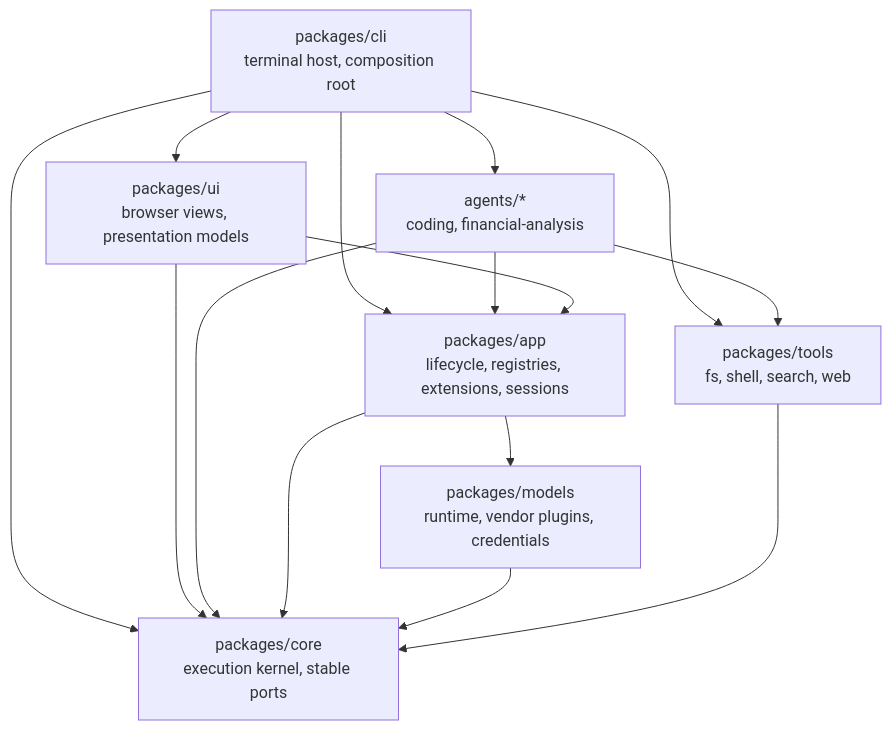
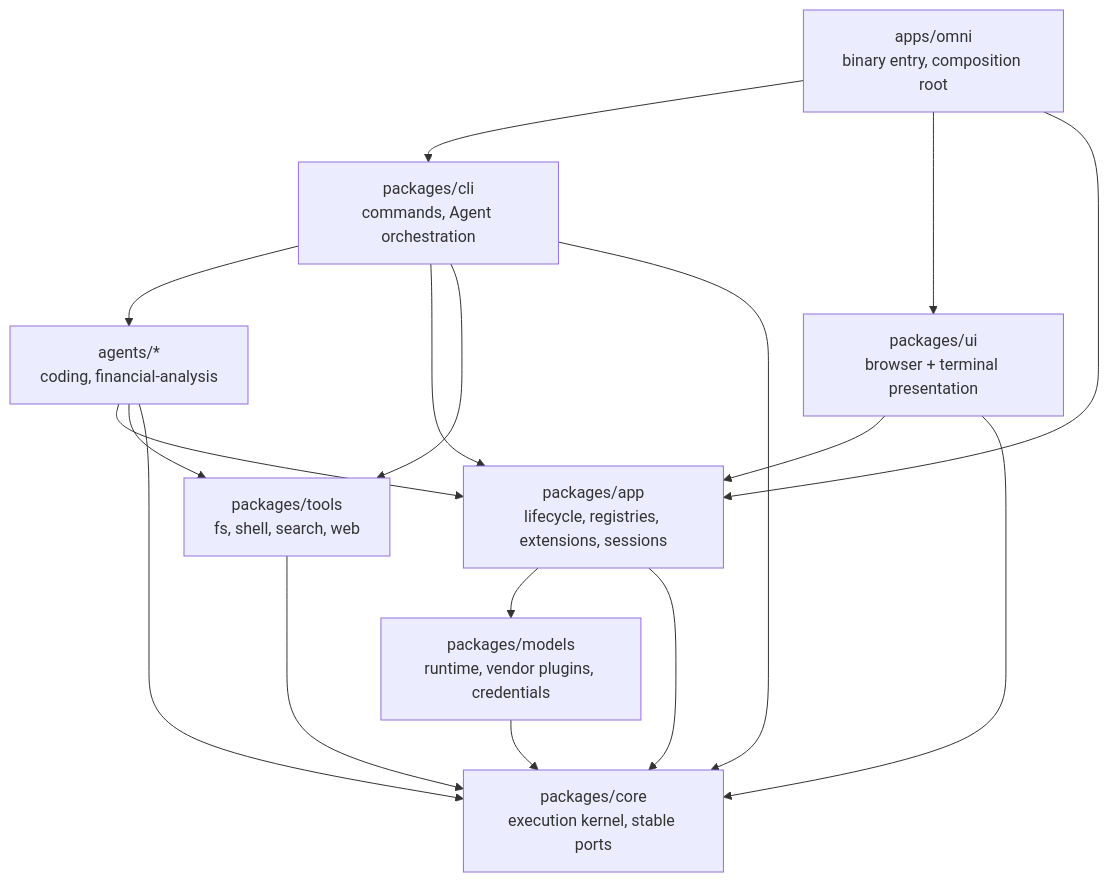
The diagram in README.md (xdnloveme/omni-agent), drawn with Mermaid before and after one commit. The commit also changed other lines of this file and 91 other files, not shown here.

Commit message:
refactor(ui): move terminal presentation behind host boundary

````diff
--- a/README.md
+++ b/README.md
@@ -491,25 +491,28 @@
 ```mermaid
 graph TD
-    CLI["packages/cli<br/>terminal host, composition root"]
+    HOST["apps/omni<br/>binary entry, composition root"]
+    CLI["packages/cli<br/>commands, Agent orchestration"]
     AGENTS["agents/*<br/>coding, financial-analysis"]
     APP["packages/app<br/>lifecycle, registries, extensions, sessions"]
     MODELS["packages/models<br/>runtime, vendor plugins, credentials"]
     TOOLS["packages/tools<br/>fs, shell, search, web"]
-    UI["packages/ui<br/>browser views, presentation models"]
+    UI["packages/ui<br/>browser + terminal presentation"]
     CORE["packages/core<br/>execution kernel, stable ports"]
 
+    HOST --> CLI
+    HOST --> UI
+    HOST --> APP
     CLI --> AGENTS
     CLI --> APP
     CLI --> TOOLS
-    CLI --> UI
     CLI --> CORE
     AGENTS --> APP
     AGENTS --> TOOLS
     UI --> APP
     UI --> CORE
     AGENTS --> CORE
     APP --> MODELS
     APP --> CORE
     MODELS --> CORE
     TOOLS --> CORE
 ```
````
